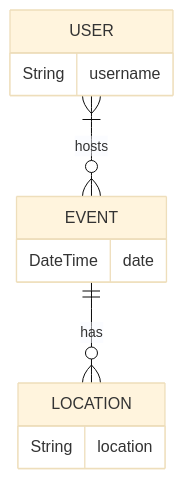
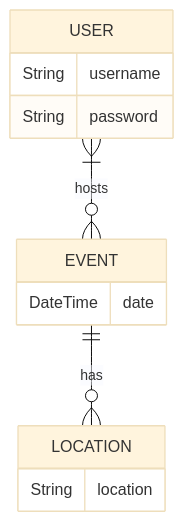
The diagram in src/database/README.md (tgillysuit/OpenCourt), drawn with Mermaid (base theme) before and after one commit. The commit also changed 1 other file, not shown here.

Commit message:
Added quickstart to frontend README

````diff
--- a/src/database/README.md
+++ b/src/database/README.md
@@ -9,15 +9,16 @@
 ```mermaid
 erDiagram
 USER }|--o{ EVENT : hosts
 EVENT ||--o{ LOCATION : has
 USER {
     String username
+    String password
 }
 EVENT {
     DateTime date
 }
 LOCATION {
     String location
 }
 
 ```
````
